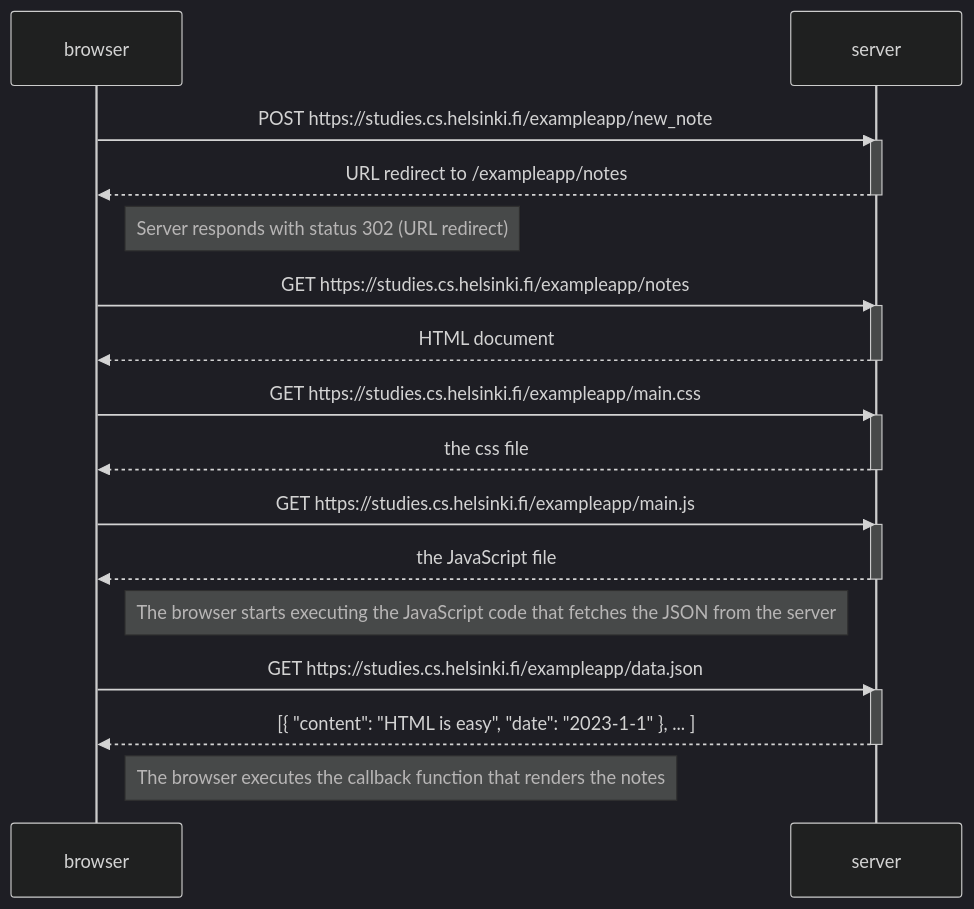
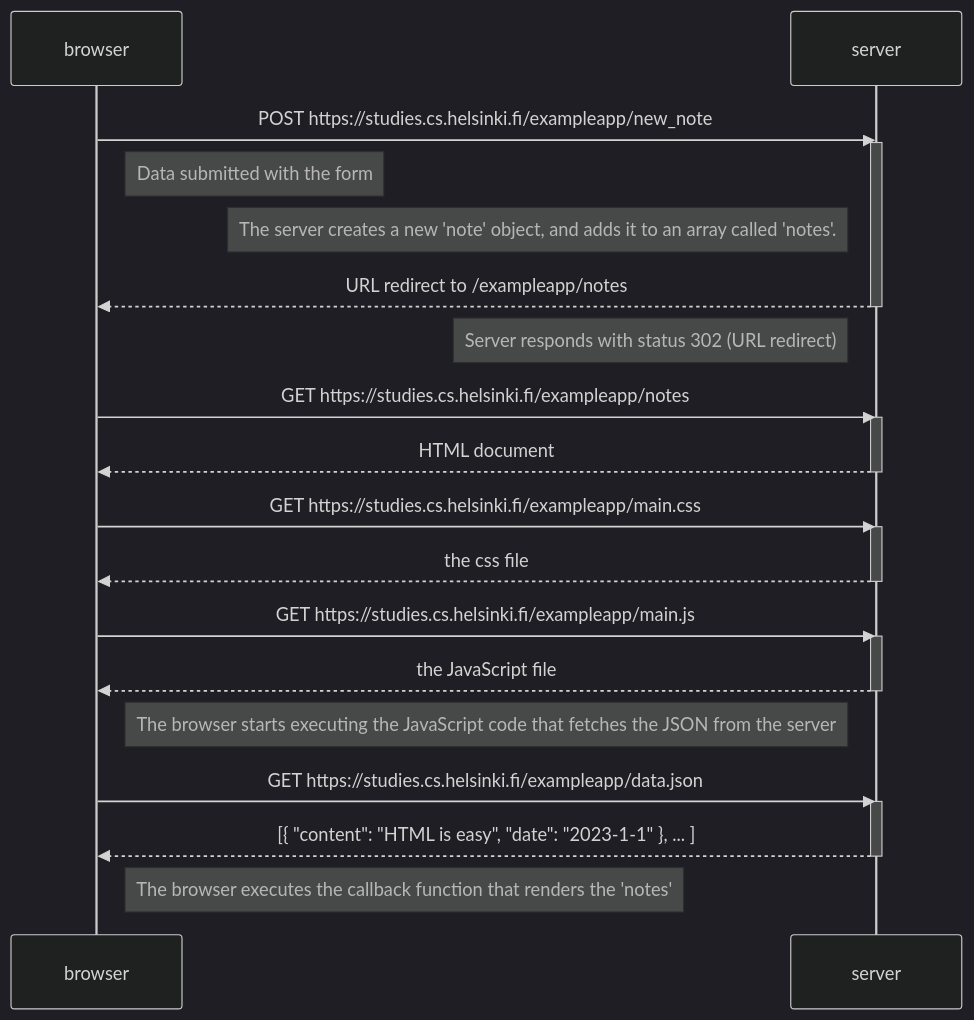
One commit to svepel/fullstuckopen changed the diagram in part0/exersice04.md. Above: the diagram before and after it, drawn with Mermaid (dark theme).

````diff
--- a/part0/exersice04.md
+++ b/part0/exersice04.md
@@ -3,36 +3,38 @@
 ```mermaid
 sequenceDiagram
     participant browser
     participant server
     
     browser->>server: POST https://studies.cs.helsinki.fi/exampleapp/new_note
     activate server
+    Note right of browser: Data submitted with the form
+    Note left of server: The server creates a new 'note' object, and adds it to an array called 'notes'.
     server-->>browser: URL redirect to /exampleapp/notes
     deactivate server
-    Note right of browser: Server responds with status 302 (URL redirect)
+    Note left of server: Server responds with status 302 (URL redirect)
     
     browser->>server: GET https://studies.cs.helsinki.fi/exampleapp/notes
     activate server
     server-->>browser: HTML document
     deactivate server
     
     browser->>server: GET https://studies.cs.helsinki.fi/exampleapp/main.css
     activate server
     server-->>browser: the css file
     deactivate server
 
     browser->>server: GET https://studies.cs.helsinki.fi/exampleapp/main.js
     activate server
     server-->>browser: the JavaScript file
     deactivate server
 
     Note right of browser: The browser starts executing the JavaScript code that fetches the JSON from the server
 
     browser->>server: GET https://studies.cs.helsinki.fi/exampleapp/data.json
     activate server
     server-->>browser: [{ "content": "HTML is easy", "date": "2023-1-1" }, ... ]
     deactivate server
 
-    Note right of browser: The browser executes the callback function that renders the notes
+    Note right of browser: The browser executes the callback function that renders the 'notes'
 
 ```
````
